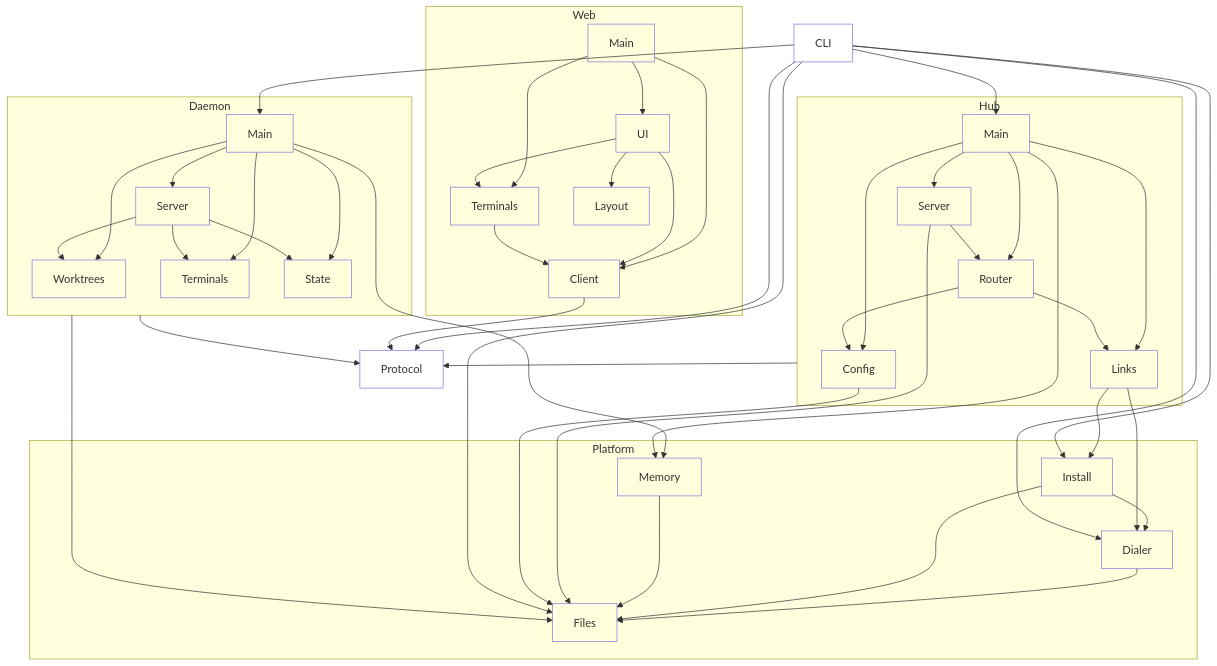
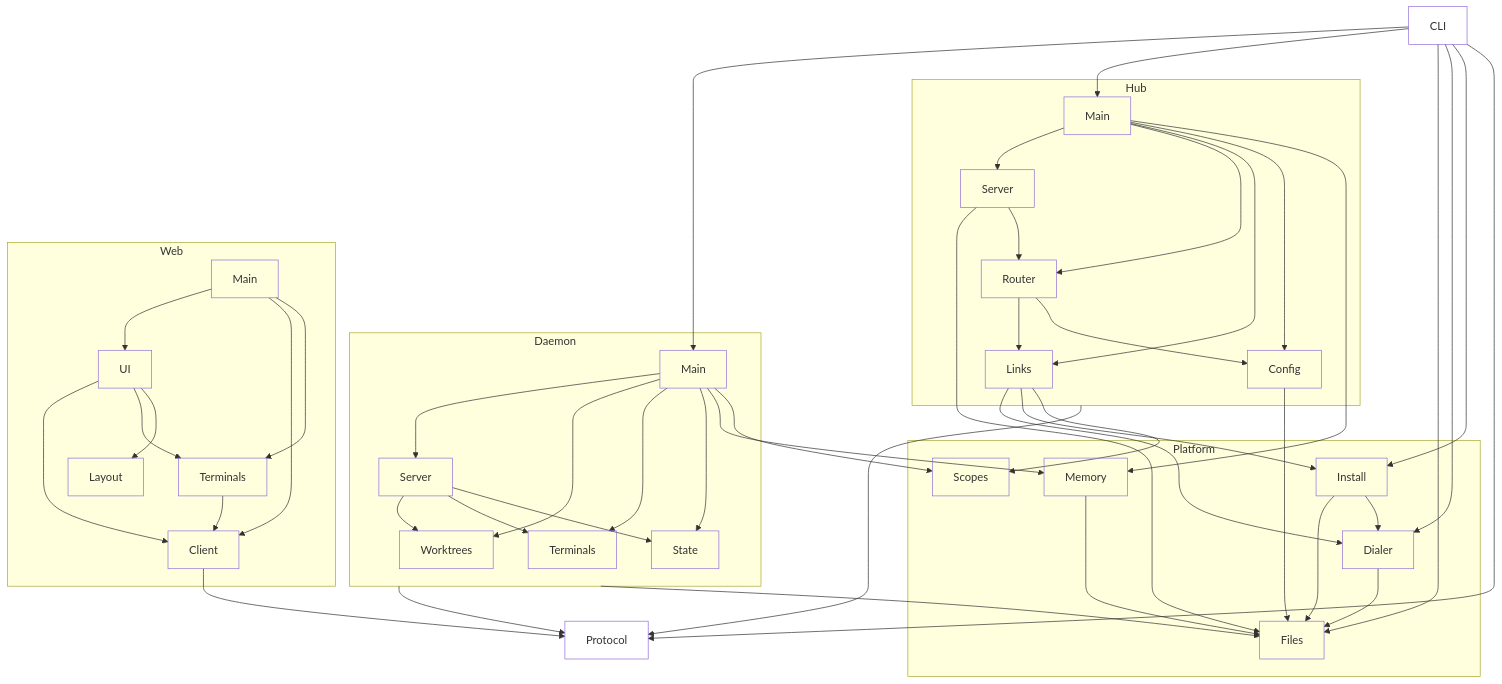
The diagram in architecture/system.arc42.md (MotleyAI/worktree-term), drawn with Mermaid before and after one commit. The commit also changed 44 other files, not shown here.

Commit message:
Run each terminal, the daemon and the hub in a systemd scope of their own, and report out-of-memory kills

````diff
--- a/architecture/system.arc42.md
+++ b/architecture/system.arc42.md
@@ -12,76 +12,79 @@
 ```mermaid
 flowchart TD
   %% system: worktree-term
   protocol["Protocol"]
   subgraph platform["Platform"]
     platform__files["Files"]
     platform__dialer["Dialer"]
     platform__install["Install"]
     platform__memory["Memory"]
+    platform__scopes["Scopes"]
   end
   subgraph daemon["Daemon"]
     daemon__worktrees["Worktrees"]
     daemon__terminals["Terminals"]
     daemon__state["State"]
     daemon__server["Server"]
     daemon__main["Main"]
   end
   subgraph hub["Hub"]
     hub__server["Server"]
     hub__links["Links"]
     hub__config["Config"]
     hub__router["Router"]
     hub__main["Main"]
   end
   cli["CLI"]
   subgraph web["Web"]
     web__client["Client"]
     web__terminals["Terminals"]
     web__layout["Layout"]
     web__ui["UI"]
     web__main["Main"]
   end
   platform__dialer --> platform__files
   platform__install --> platform__files
   platform__install --> platform__dialer
   platform__memory --> platform__files
   daemon --> protocol
   daemon --> platform__files
   daemon__main --> daemon__server
   daemon__main --> daemon__worktrees
   daemon__main --> daemon__terminals
   daemon__main --> daemon__state
   daemon__main --> platform__memory
+  daemon__main --> platform__scopes
   daemon__server --> daemon__worktrees
   daemon__server --> daemon__terminals
   daemon__server --> daemon__state
   hub --> protocol
   hub__server --> platform__files
   hub__config --> platform__files
   hub__links --> platform__dialer
   hub__links --> platform__install
+  hub__links --> platform__scopes
   hub__main --> hub__server
   hub__main --> hub__router
   hub__main --> hub__links
   hub__main --> hub__config
   hub__main --> platform__memory
   hub__server --> hub__router
   hub__router --> hub__links
   hub__router --> hub__config
   cli --> daemon__main
   cli --> hub__main
   cli --> platform__files
   cli --> platform__dialer
   cli --> platform__install
   cli --> protocol
   web__client --> protocol
   web__main --> web__ui
   web__main --> web__client
   web__main --> web__terminals
   web__ui --> web__client
   web__ui --> web__terminals
   web__ui --> web__layout
   web__terminals --> web__client
   classDef leaf fill:none;
-  class protocol,platform__files,platform__dialer,platform__install,platform__memory,daemon__worktrees,daemon__terminals,daemon__state,daemon__server,daemon__main,hub__server,hub__links,hub__config,hub__router,hub__main,cli,web__client,web__terminals,web__layout,web__ui,web__main leaf;
+  class protocol,platform__files,platform__dialer,platform__install,platform__memory,platform__scopes,daemon__worktrees,daemon__terminals,daemon__state,daemon__server,daemon__main,hub__server,hub__links,hub__config,hub__router,hub__main,cli,web__client,web__terminals,web__layout,web__ui,web__main leaf;
 ```
````
